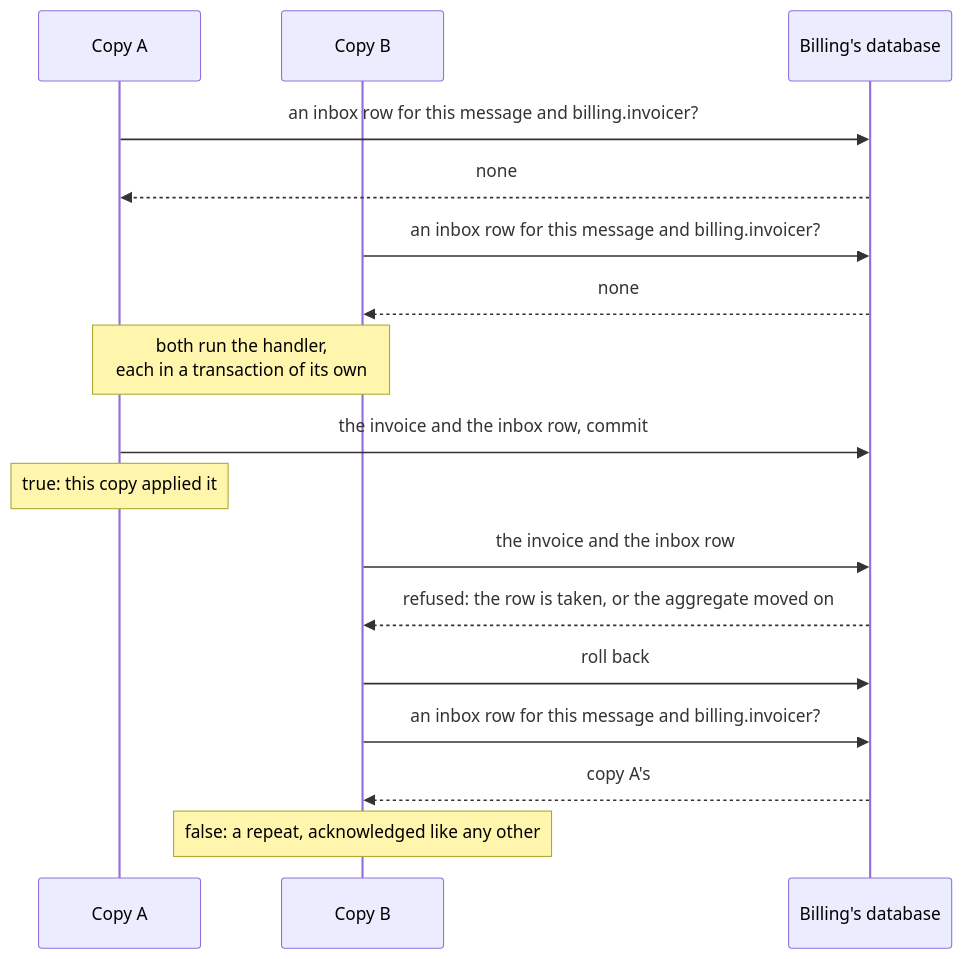
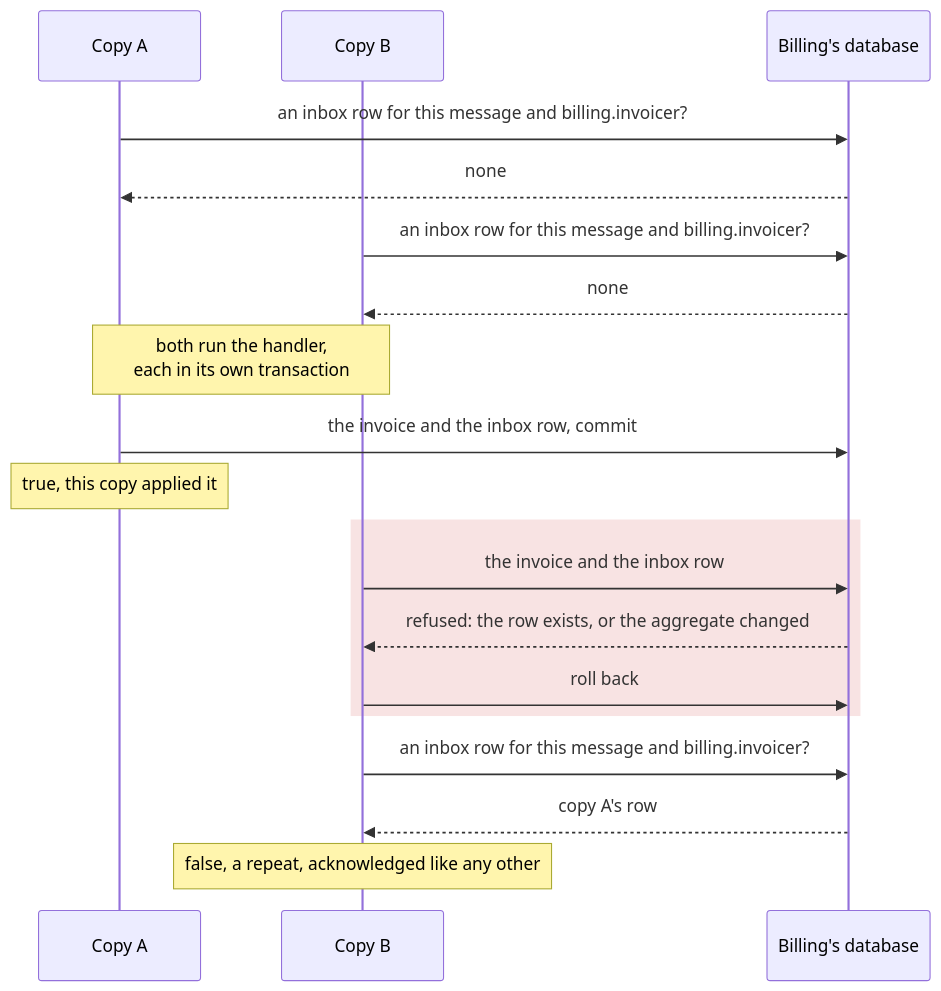
One commit to DylanSnel/DDDToolkit changed the fifth of 7 diagrams in docs/integration-events.md. Above: the diagram before and after it, drawn with Mermaid. The commit also changed other lines of this file and 41 other files, not shown here.

First line of the commit message:
Docs: plain prose, one word per concept, and readable diagrams on every page

````diff
--- a/docs/integration-events.md
+++ b/docs/integration-events.md
@@ -788,20 +810,22 @@
 ```mermaid
 sequenceDiagram
     participant A as Copy A
     participant B as Copy B
     participant Db as Billing's database
 
     A->>Db: an inbox row for this message and billing.invoicer?
     Db-->>A: none
     B->>Db: an inbox row for this message and billing.invoicer?
     Db-->>B: none
-    Note over A,B: both run the handler,<br/>each in a transaction of its own
+    Note over A,B: both run the handler,<br/>each in its own transaction
     A->>Db: the invoice and the inbox row, commit
-    Note over A: true: this copy applied it
-    B->>Db: the invoice and the inbox row
-    Db-->>B: refused: the row is taken, or the aggregate moved on
-    B->>Db: roll back
+    Note over A: true, this copy applied it
+    rect rgba(201, 60, 60, 0.14)
+        B->>Db: the invoice and the inbox row
+        Db-->>B: refused: the row exists, or the aggregate changed
+        B->>Db: roll back
+    end
     B->>Db: an inbox row for this message and billing.invoicer?
-    Db-->>B: copy A's
-    Note over B: false: a repeat, acknowledged like any other
+    Db-->>B: copy A's row
+    Note over B: false, a repeat, acknowledged like any other
 ```
````
